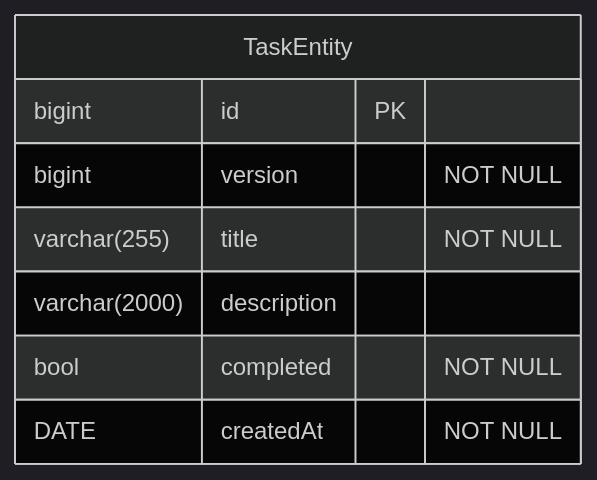
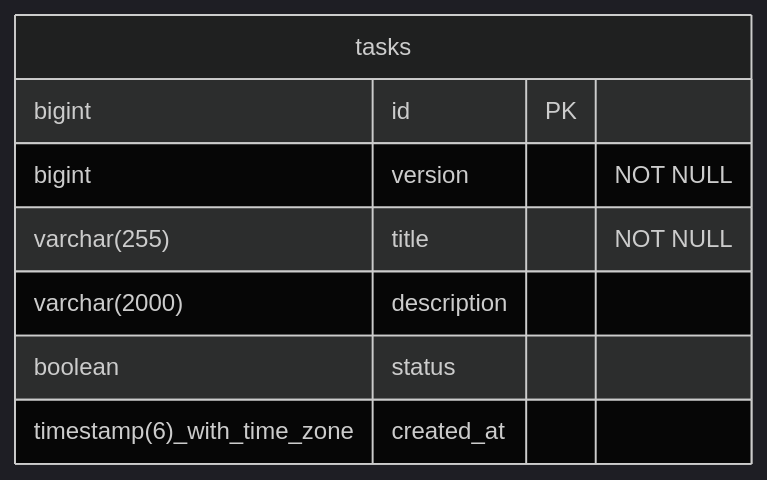
One commit to Andryyee/task_manager changed the first of 2 diagrams in README.md. Above: the diagram before and after it, drawn with Mermaid (dark theme).

````diff
--- a/README.md
+++ b/README.md
@@ -20,11 +20,11 @@
 ```mermaid
 erDiagram
-  TaskEntity{
+  tasks{
     bigint id PK
     bigint version "NOT NULL"
     varchar(255) title "NOT NULL"
     varchar(2000) description
-    bool completed "NOT NULL"
-    DATE createdAt "NOT NULL"
+    boolean status
+    timestamp(6)_with_time_zone created_at
   }
 ```
````
